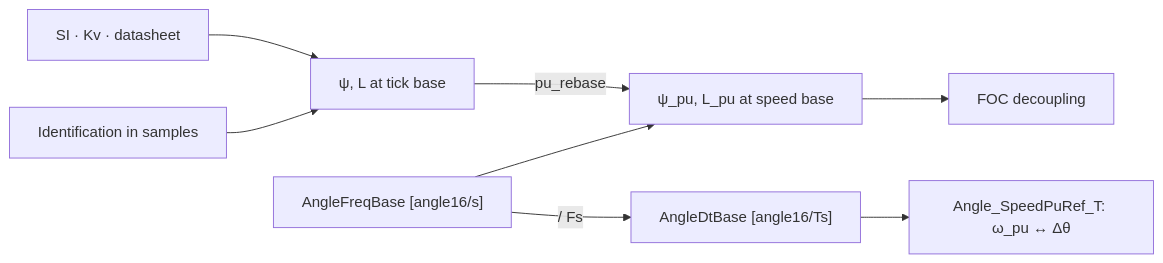
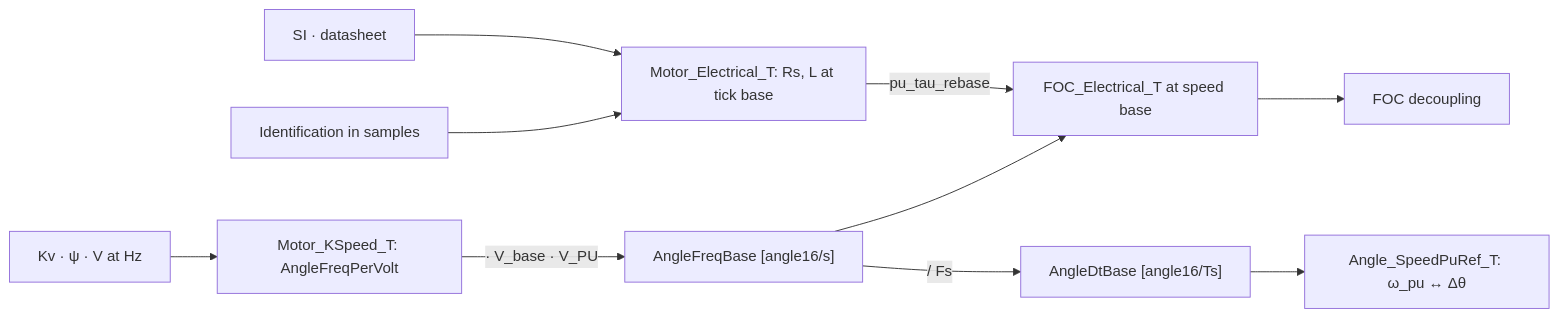
One commit to FireSourcery/FireSourcery_Library changed the diagram in Motor/Motor/Math/_.md. Above: the diagram before and after it, drawn with Mermaid. The commit also changed other lines of this file and 70 other files, not shown here.

````diff
--- a/Motor/Motor/Math/_.md
+++ b/Motor/Motor/Math/_.md
@@ -21,10 +21,12 @@
 ```mermaid
 flowchart LR
-    SI["SI · Kv · datasheet"] --> Tick["ψ, L at tick base"]
+    Entry["Kv · ψ · V at Hz"] --> KSpeed["Motor_KSpeed_T: AngleFreqPerVolt"]
+    SI["SI · datasheet"] --> Tick["Motor_Electrical_T: Rs, L at tick base"]
     ID["Identification in samples"] --> Tick
-    Tick -->|pu_rebase| Base["ψ_pu, L_pu at speed base"]
+    KSpeed -->|"· V_base · V_PU"| AFB["AngleFreqBase [angle16/s]"]
+    Tick -->|pu_tau_rebase| Base["FOC_Electrical_T at speed base"]
+    AFB --> Base
     Base --> FOC["FOC decoupling"]
-    AFB["AngleFreqBase [angle16/s]"] --> Base
     AFB -->|"/ Fs"| ADB["AngleDtBase [angle16/Ts]"]
     ADB --> Ref["Angle_SpeedPuRef_T: ω_pu ↔ Δθ"]
 ```
````
